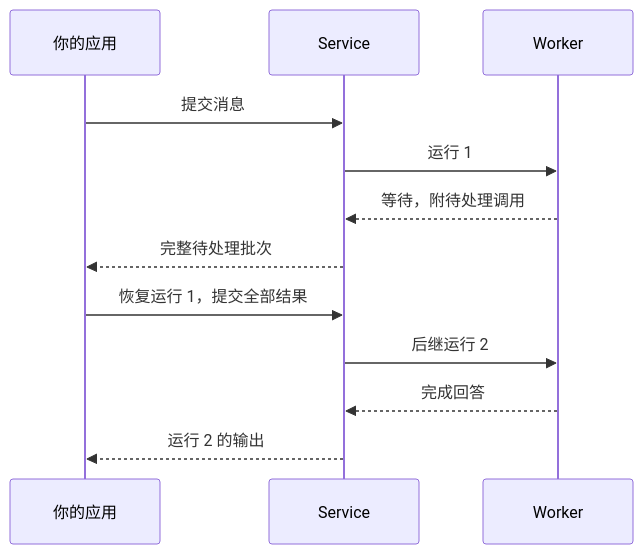
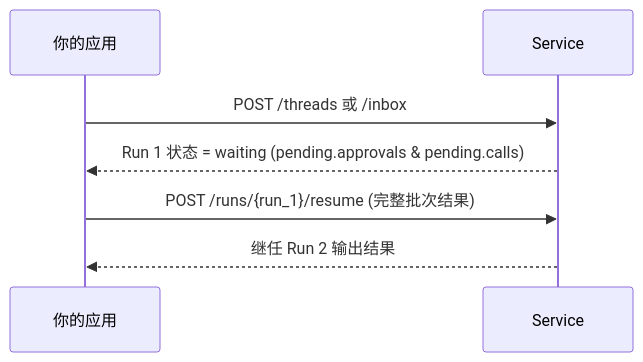
Before and after one commit to converge-ai-labs/agent-foundation: the diagram in docs/a13n-service/agents-and-runs.zh-CN.md, drawn with Mermaid. The commit also changed other lines of this file and 105 other files, not shown here.

Commit message:
docs(guides): restructure bilingual guides around user workflows and verify schemas

````diff
--- a/docs/a13n-service/agents-and-runs.zh-CN.md
+++ b/docs/a13n-service/agents-and-runs.zh-CN.md
@@ -125,17 +66,9 @@
 ```mermaid
 sequenceDiagram
     participant App as 你的应用
     participant Service
-    participant Worker
-    App->>Service: 提交消息
-    Service->>Worker: 运行 1
-    Worker-->>Service: 等待，附待处理调用
-    Service-->>App: 完整待处理批次
-    App->>Service: 恢复运行 1，提交全部结果
-    Service->>Worker: 后继运行 2
-    Worker-->>Service: 完成回答
-    Service-->>App: 运行 2 的输出
-
-    %% class App app
-    %% class Service,Worker a13n
+    App->>Service: POST /threads 或 /inbox
+    Service-->>App: Run 1 状态 = waiting (pending.approvals & pending.calls)
+    App->>Service: POST /runs/{run_1}/resume (完整批次结果)
+    Service-->>App: 继任 Run 2 输出结果
 ```
````
